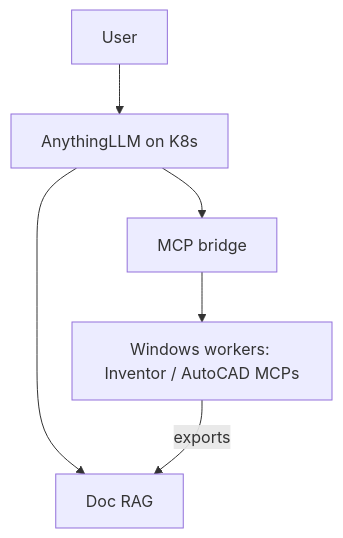
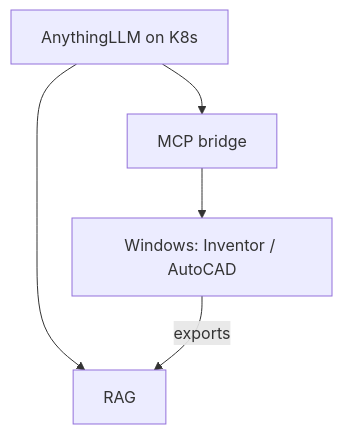
One commit to cameronhumdev/Autodesk-MCP changed the third of 3 diagrams in PLAN.md. Above: the diagram before and after it, drawn with Mermaid. The commit also changed other lines of this file, not shown here.

Commit message:
Tighten PLAN to scannable scope-only tables and flows.

````diff
--- a/PLAN.md
+++ b/PLAN.md
@@ -106,8 +86,7 @@
 ```mermaid
 flowchart TD
-  User --> ALLM[AnythingLLM on K8s]
-  ALLM --> RAG[Doc RAG]
-  ALLM --> Bridge[MCP bridge]
-  Bridge --> Win[Windows workers: Inventor / AutoCAD MCPs]
-  Win -->|exports| RAG
+  A[AnythingLLM on K8s] --> R[RAG]
+  A --> B[MCP bridge]
+  B --> W[Windows: Inventor / AutoCAD]
+  W -->|exports| R
 ```
````
